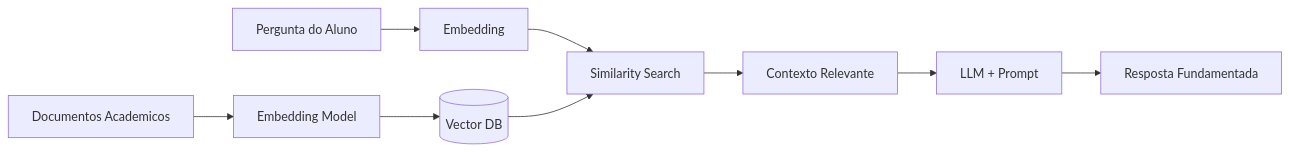
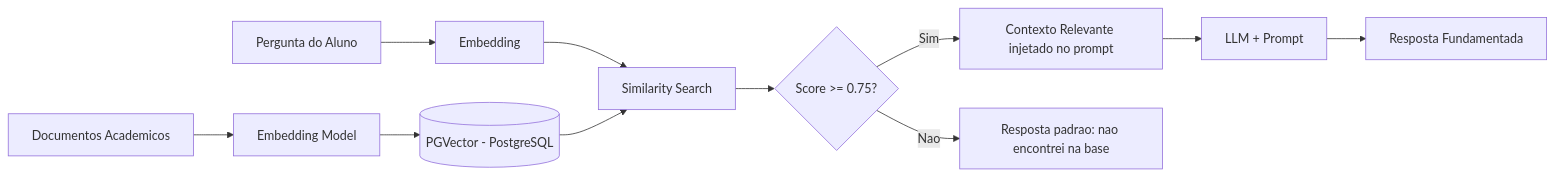
Before and after one commit to Weym/desafio-fcg3: the fourth of 8 diagrams in docs/chatbot.md, drawn with Mermaid. The commit also changed other lines of this file and 6 other files, not shown here.

````diff
--- a/docs/chatbot.md
+++ b/docs/chatbot.md
@@ -169,12 +218,14 @@
 ```mermaid
 graph LR
     DOCS[Documentos Academicos] --> EMBED[Embedding Model]
-    EMBED --> VDB[(Vector DB)]
+    EMBED --> PG[(PGVector - PostgreSQL)]
 
     QUERY[Pergunta do Aluno] --> EMBED2[Embedding]
     EMBED2 --> SEARCH[Similarity Search]
-    VDB --> SEARCH
-    SEARCH --> CONTEXT[Contexto Relevante]
+    PG --> SEARCH
+    SEARCH --> THRESHOLD{Score >= 0.75?}
+    THRESHOLD -->|Sim| CONTEXT[Contexto Relevante injetado no prompt]
+    THRESHOLD -->|Nao| FALLBACK[Resposta padrao: nao encontrei na base]
     CONTEXT --> LLM[LLM + Prompt]
     LLM --> RESP[Resposta Fundamentada]
 ```
````
